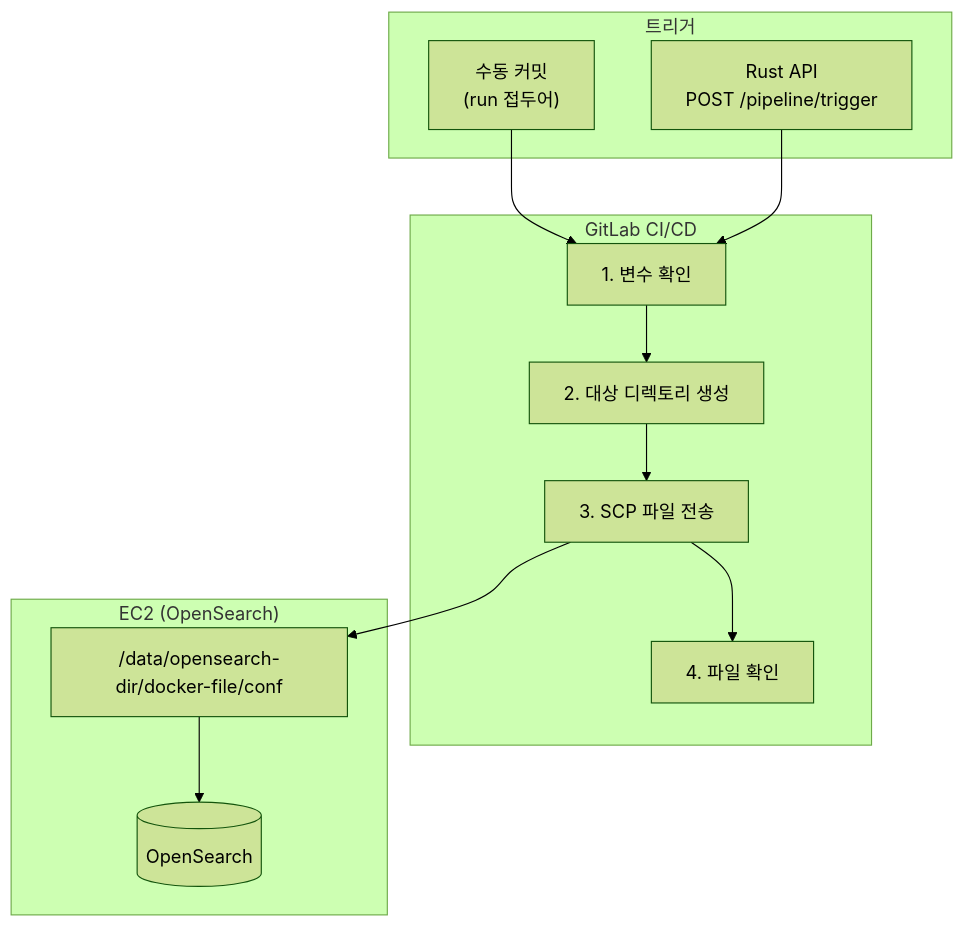
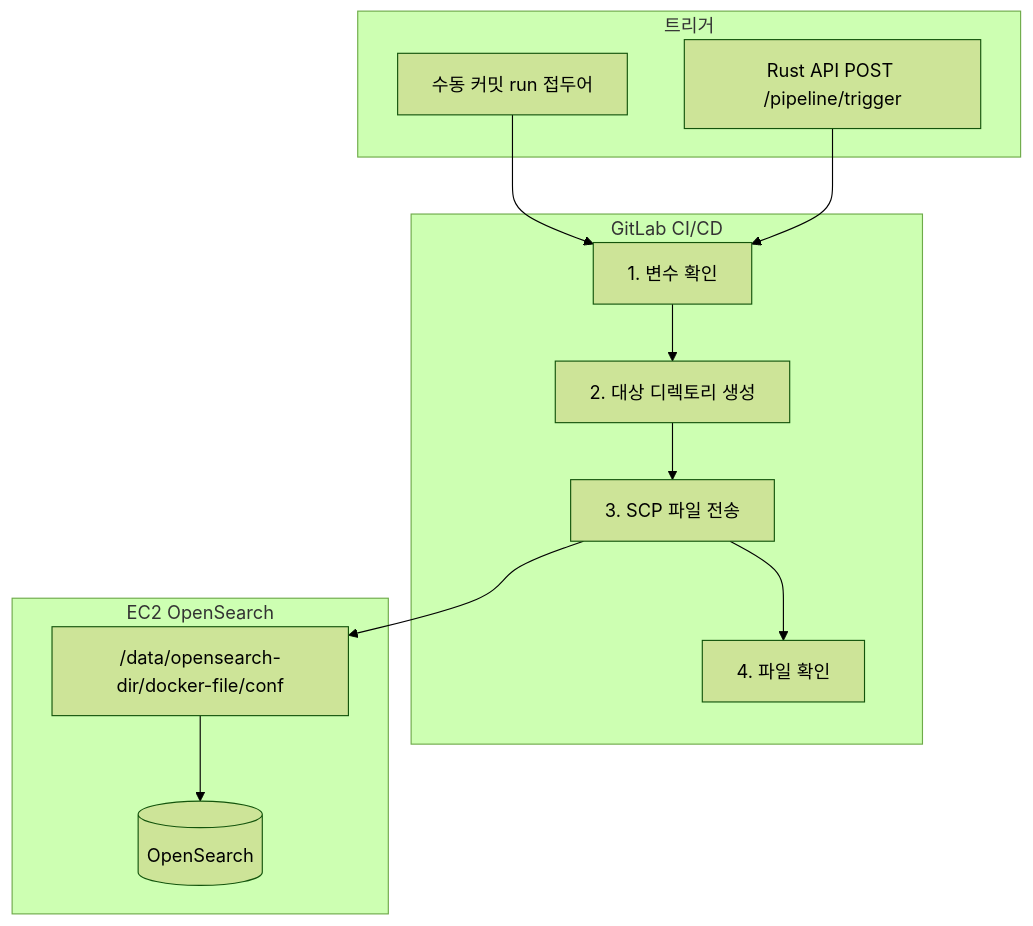
One commit to SonAIengine/sonblog changed the first of 3 diagrams in docs/search-engine/Rust 검색 엔진/Rust-검색-엔진의-CI-CD-파이프라인-구축.md. Above: the diagram before and after it, drawn with Mermaid (forest theme). The commit also changed other lines of this file and 10 other files, not shown here.

Commit message:
mermaid 다이어그램 전체 수정: mermaid 11.x 호환성 문제 해결

````diff
--- a/docs/search-engine/Rust 검색 엔진/Rust-검색-엔진의-CI-CD-파이프라인-구축.md
+++ b/docs/search-engine/Rust 검색 엔진/Rust-검색-엔진의-CI-CD-파이프라인-구축.md
@@ -24,26 +24,26 @@
 ```mermaid
-graph TD
-    subgraph "트리거"
-        Manual["수동 커밋<br/>(run 접두어)"]
-        API["Rust API<br/>POST /pipeline/trigger"]
+flowchart TD
+    subgraph 트리거
+        Manual["수동 커밋 run 접두어"]
+        API["Rust API POST /pipeline/trigger"]
     end
-    
-    subgraph "GitLab CI/CD"
-        CheckVars[1. 변수 확인]
-        MkDir[2. 대상 디렉토리 생성]
-        SCP[3. SCP 파일 전송]
-        Confirm[4. 파일 확인]
-        
+
+    subgraph GitLab_CICD["GitLab CI/CD"]
+        CheckVars["1. 변수 확인"]
+        MkDir["2. 대상 디렉토리 생성"]
+        SCP["3. SCP 파일 전송"]
+        Confirm["4. 파일 확인"]
+
         CheckVars --> MkDir --> SCP --> Confirm
     end
-    
-    subgraph "EC2 (OpenSearch)"
+
+    subgraph EC2["EC2 OpenSearch"]
         ConfDir["/data/opensearch-dir/docker-file/conf"]
         OS[(OpenSearch)]
         ConfDir --> OS
     end
-    
+
     Manual --> CheckVars
     API --> CheckVars
     SCP --> ConfDir
 ```
````
